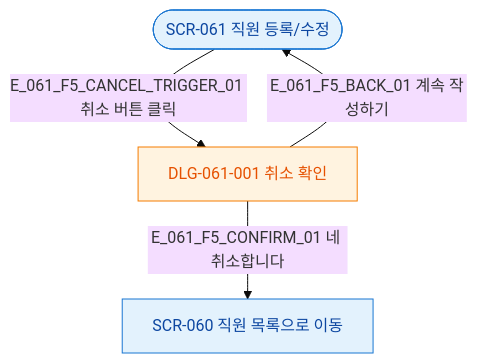
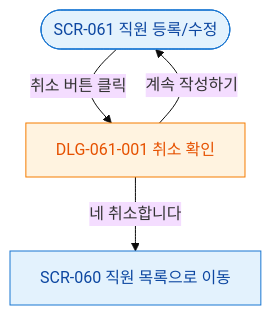
Before and after one commit to dev-spogym/admin-pando: the diagram in docs/다이어그램/D07_직원관리/SCR-061_직원등록수정/F5_모달트리거.md, drawn with Mermaid (base theme). The commit also changed other lines of this file and 1660 other files, not shown here.

First line of the commit message:
다이어그램: 기획자/클라이언트 납품본으로 정리

````diff
--- a/docs/다이어그램/D07_직원관리/SCR-061_직원등록수정/F5_모달트리거.md
+++ b/docs/다이어그램/D07_직원관리/SCR-061_직원등록수정/F5_모달트리거.md
@@ -18,15 +16,15 @@
 ```mermaid
 flowchart TD
   SCR_061([SCR-061 직원 등록/수정])
 
-  SCR_061 -->|E_061_F5_CANCEL_TRIGGER_01 취소 버튼 클릭| DLG_061_001[DLG-061-001 취소 확인]
+  SCR_061 -->|취소 버튼 클릭|DLG_061_001[DLG-061-001 취소 확인]
 
-  DLG_061_001 -->|E_061_F5_CONFIRM_01 네 취소합니다| SCR_060[SCR-060 직원 목록으로 이동]
-  DLG_061_001 -->|E_061_F5_BACK_01 계속 작성하기| SCR_061
+  DLG_061_001 -->|네 취소합니다|SCR_060[SCR-060 직원 목록으로 이동]
+  DLG_061_001 -->|계속 작성하기|SCR_061
 
   classDef screen fill:#E3F2FD,stroke:#1976D2,color:#0D47A1
-  classDef modal  fill:#FFF3E0,stroke:#F57C00,color:#E65100
+  classDef modal fill:#FFF3E0,stroke:#F57C00,color:#E65100
 
   class SCR_061,SCR_060 screen
   class DLG_061_001 modal
 ```
````
